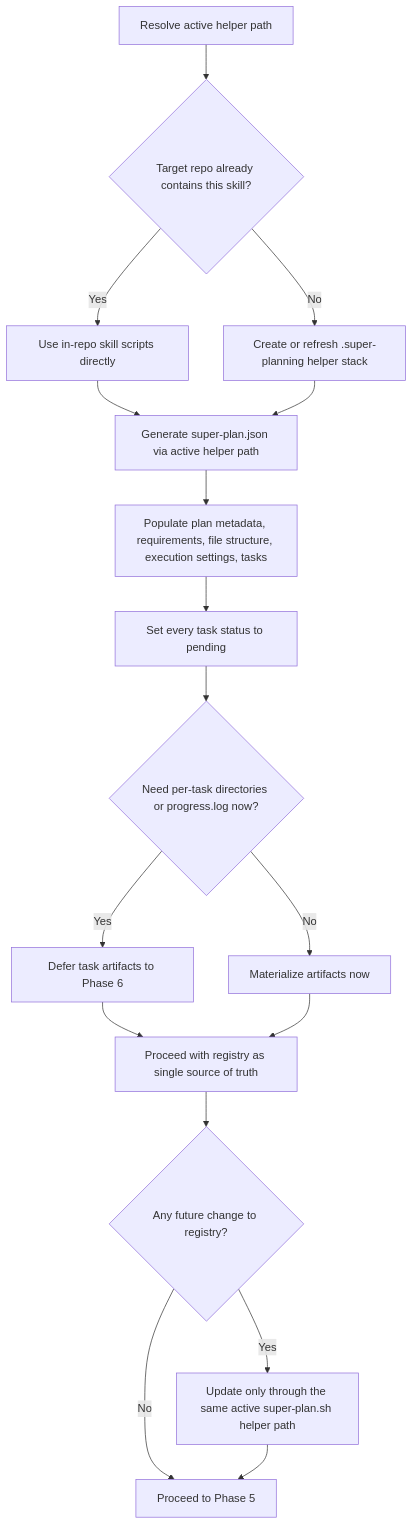
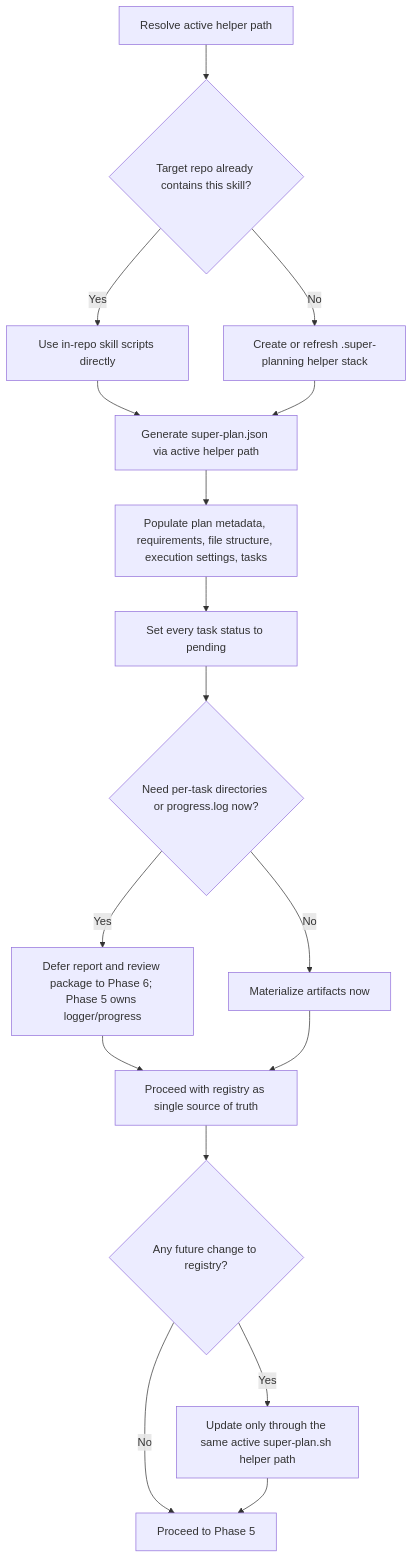
One commit to gugacarbo/agents-skills changed the sixth of 11 diagrams in super-planning/docs/AGENT-DECISION-FLOW.md. Above: the diagram before and after it, drawn with Mermaid. The commit also changed other lines of this file and 22 other files, not shown here.

````diff
--- a/super-planning/docs/AGENT-DECISION-FLOW.md
+++ b/super-planning/docs/AGENT-DECISION-FLOW.md
@@ -135,19 +135,19 @@
 ```mermaid
 flowchart TD
     A["Resolve active helper path"] --> B{"Target repo already contains this skill?"}
     B -->|Yes| C["Use in-repo skill scripts directly"]
     B -->|No| D["Create or refresh .super-planning helper stack"]
     C --> E["Generate super-plan.json via active helper path"]
     D --> E
     E --> F["Populate plan metadata, requirements, file structure, execution settings, tasks"]
     F --> G["Set every task status to pending"]
     G --> H{"Need per-task directories or progress.log now?"}
-    H -->|Yes| I["Defer task artifacts to Phase 6"]
+    H -->|Yes| I["Defer report and review package to Phase 6; Phase 5 owns logger/progress"]
     H -->|No| J["Materialize artifacts now"]
     I --> K["Proceed with registry as single source of truth"]
     J --> K
     K --> L{"Any future change to registry?"}
     L -->|Yes| M["Update only through the same active super-plan.sh helper path"]
     L -->|No| N["Proceed to Phase 5"]
     M --> N
 ```
````
